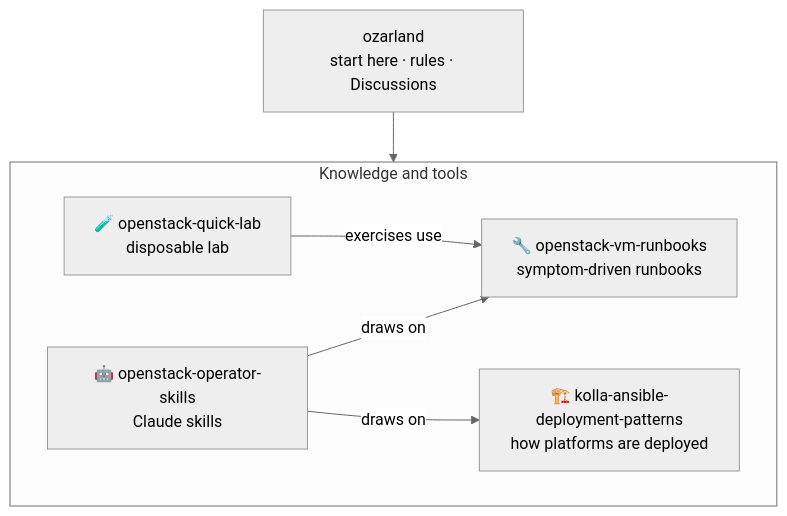
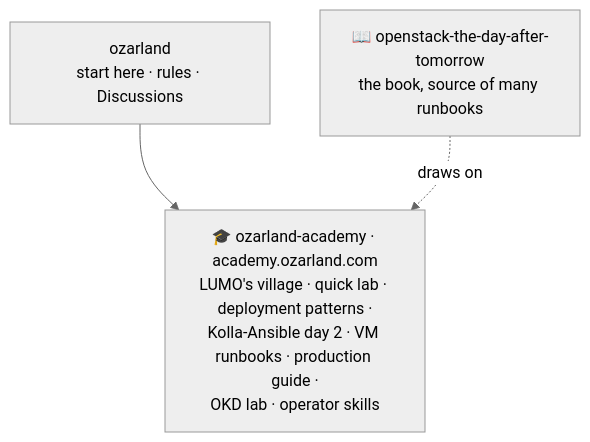
One commit to OzarLand/.github changed the first of 2 diagrams in profile/README.md. Above: the diagram before and after it, drawn with Mermaid (neutral theme). The commit also changed other lines of this file, not shown here.

First line of the commit message:
Profile: point to OzarLand Academy, list active and archived repositories

````diff
--- a/profile/README.md
+++ b/profile/README.md
@@ -37,11 +39,7 @@
 ```mermaid
 flowchart TB
     HUB["ozarland<br/>start here · rules · Discussions"]
-    HUB --> KB
-    subgraph KB ["Knowledge and tools"]
-        direction LR
-        QL["🧪 openstack-quick-lab<br/>disposable lab"] -- "exercises use" --> RB["🔧 openstack-vm-runbooks<br/>symptom-driven runbooks"]
-        SK["🤖 openstack-operator-skills<br/>Claude skills"] -- "draws on" --> RB
-        SK -- "draws on" --> DP["🏗️ kolla-ansible-deployment-patterns<br/>how platforms are deployed"]
-    end
+    HUB --> AC
+    AC["🎓 ozarland-academy · academy.ozarland.com<br/>LUMO's village · quick lab · deployment patterns ·<br/>Kolla-Ansible day 2 · VM runbooks · production guide ·<br/>OKD lab · operator skills"]
+    BOOK["📖 openstack-the-day-after-tomorrow<br/>the book, source of many runbooks"] -. "draws on" .-> AC
 ```
````
